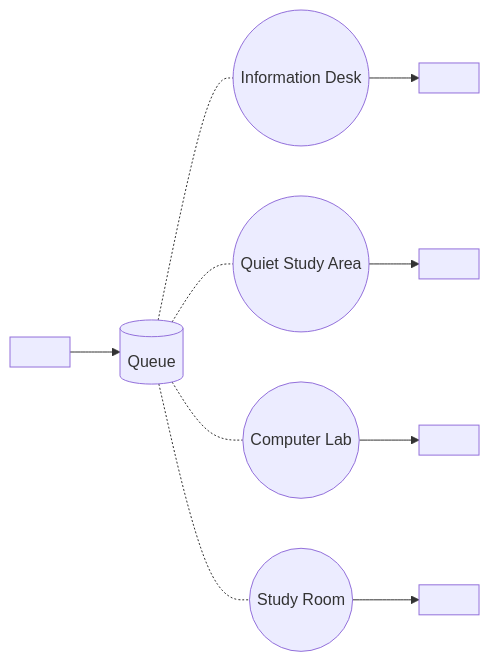
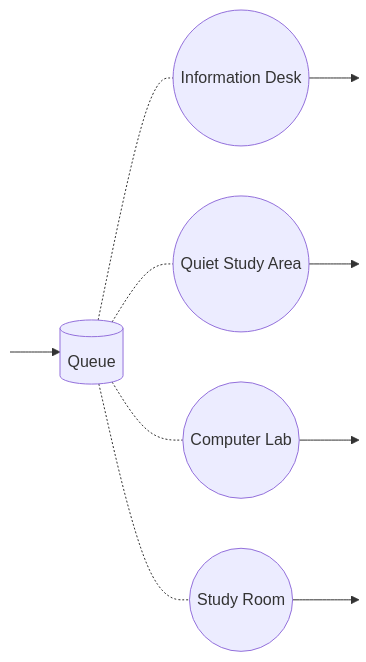
Before and after one commit to MKRadius/JavaOOP: the second of 2 diagrams in Week_4/OrientationTask/WritingTask.md, drawn with Mermaid. The commit also changed other lines of this file, not shown here.

````diff
--- a/Week_4/OrientationTask/WritingTask.md
+++ b/Week_4/OrientationTask/WritingTask.md
@@ -74,16 +79,22 @@
 ```mermaid
 flowchart LR
     nowhere1[ ] --> buffer1[(Queue)]
 
     buffer1 -.- servicepoint((Information Desk))
     servicepoint --> nowhere2[ ]
 
     buffer1 -.- servicepoint2((Quiet Study Area))
     servicepoint2 --> nowhere3[ ]
 
     buffer1 -.- servicepoint3((Computer Lab))
     servicepoint3 --> nowhere4[ ]
 
     buffer1 -.- servicepoint4((Study Room))
     servicepoint4 --> nowhere5[ ]
+
+    style nowhere1 height:0px;
+    style nowhere2 height:0px;
+    style nowhere3 height:0px;
+    style nowhere4 height:0px;
+    style nowhere5 height:0px;
 ```
````
